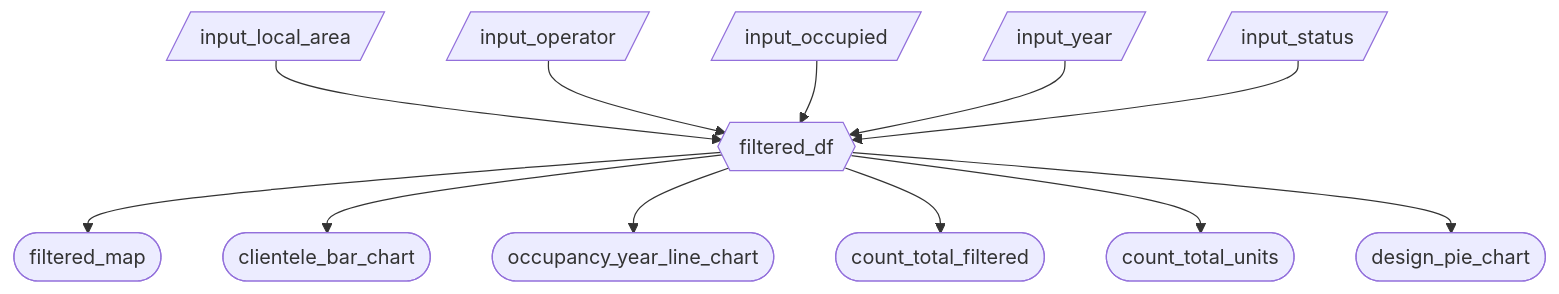
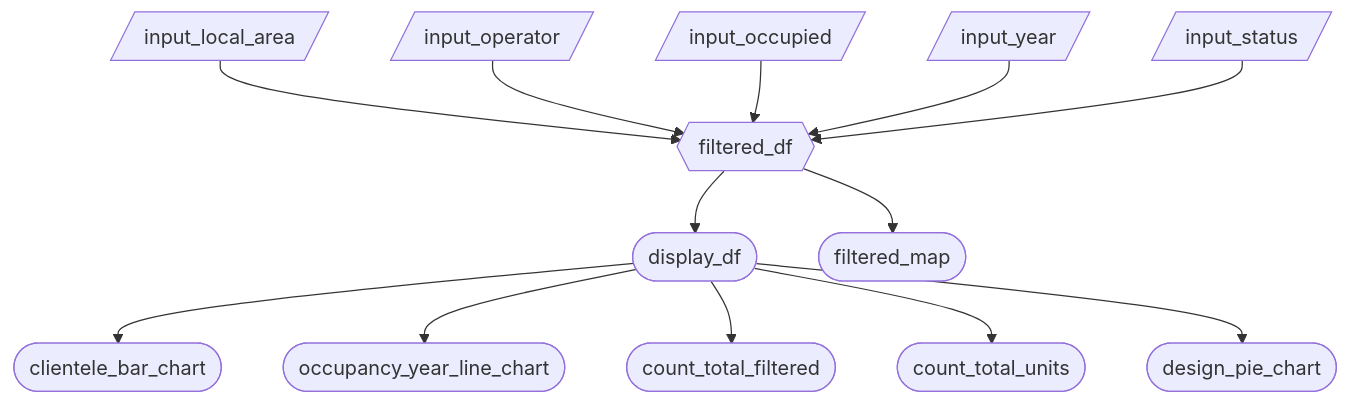
One commit to UBC-MDS/DSCI-532_2026_20_non_market_housing changed the diagram in reports/m2_spec.md. Above: the diagram before and after it, drawn with Mermaid. The commit also changed other lines of this file, not shown here.

Commit message:
add display_df specifications

````diff
--- a/reports/m2_spec.md
+++ b/reports/m2_spec.md
@@ -31,15 +32,17 @@
 ``` mermaid
 flowchart TD
   A[/input_local_area/] --> F{{filtered_df}}
   B[/input_operator/] --> F
   C[/input_occupied/] --> F
   D[/input_year/] --> F
   E[/input_status/] --> F
 
+  F --> G([display_df])
+
   F --> M([filtered_map])
-  F --> BC([clientele_bar_chart])
-  F --> LC([occupancy_year_line_chart])
-  F --> CV([count_total_filtered])
-  F --> CU([count_total_units])
-  F --> DS([design_pie_chart])
+  G --> BC([clientele_bar_chart])
+  G --> LC([occupancy_year_line_chart])
+  G --> CV([count_total_filtered])
+  G --> CU([count_total_units])
+  G --> DS([design_pie_chart])
 ```
````
